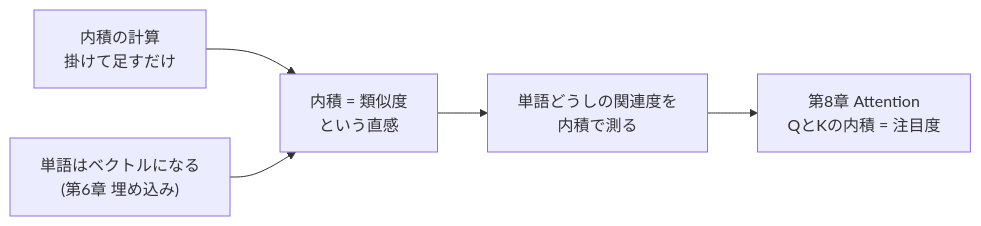
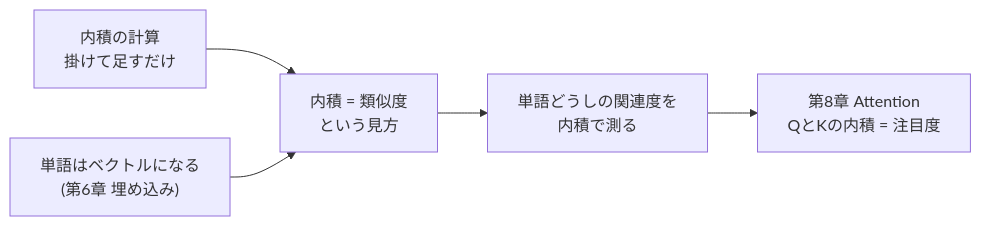
One commit to shin4488/learning-transformer changed the first of 3 diagrams in 02-vectors-and-matrices.md. Above: the diagram before and after it, drawn with Mermaid. The commit also changed other lines of this file and 16 other files, not shown here.

````diff
--- a/02-vectors-and-matrices.md
+++ b/02-vectors-and-matrices.md
@@ -368,7 +370,7 @@
 ```mermaid
 graph LR
-    A["内積の計算<br>掛けて足すだけ"] --> C["内積 = 類似度<br>という直感"]
+    A["内積の計算<br>掛けて足すだけ"] --> C["内積 = 類似度<br>という見方"]
     B["単語はベクトルになる<br>(第6章 埋め込み)"] --> C
     C --> D["単語どうしの関連度を<br>内積で測る"]
     D --> E["第8章 Attention<br>QとKの内積 = 注目度"]
 ```
````
